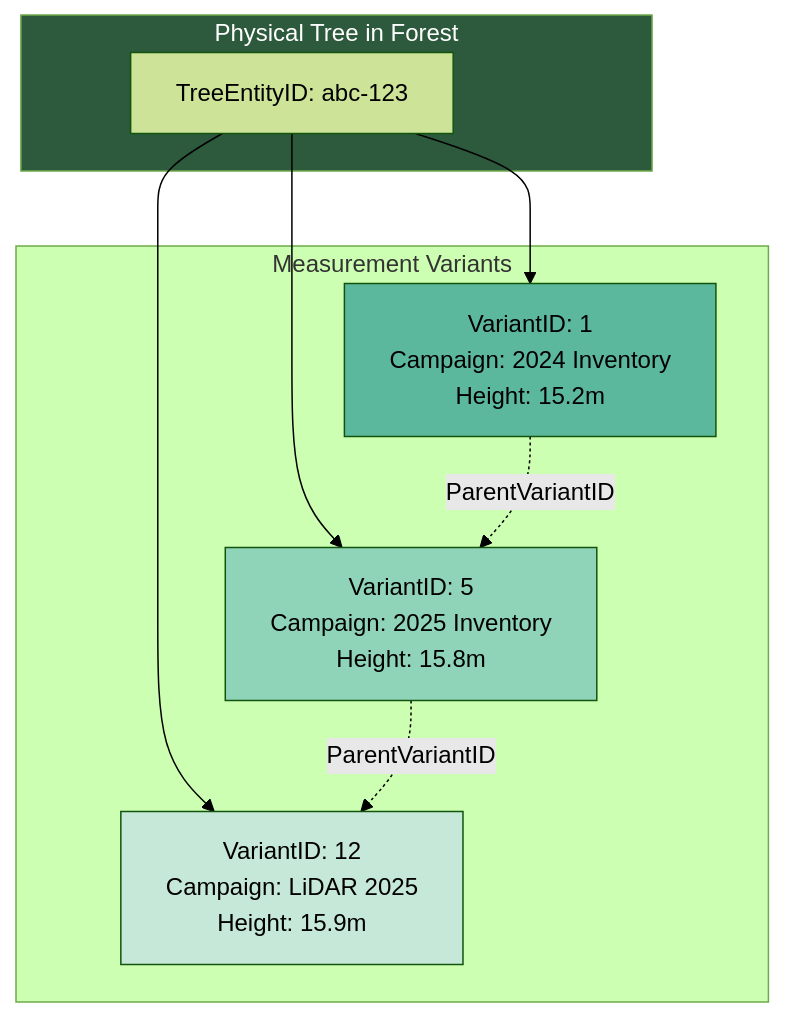
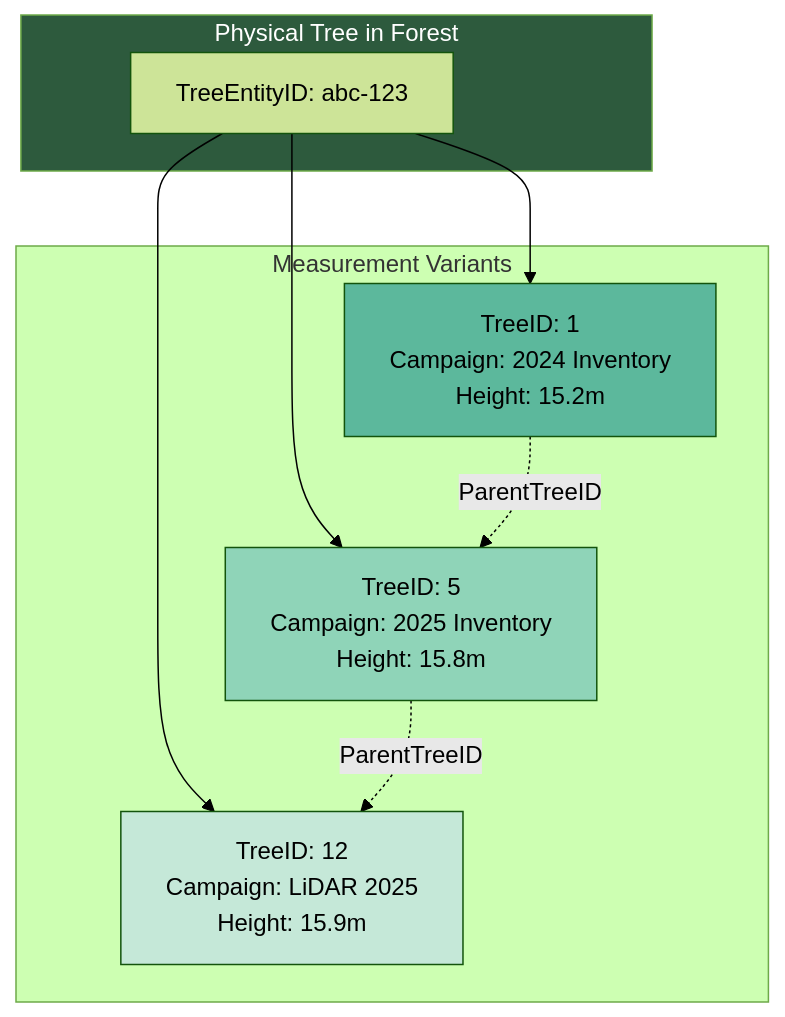
One commit to XRFutureForests/digital-twin-db changed the fourth of 7 diagrams in docs/database-overview.md. Above: the diagram before and after it, drawn with Mermaid (forest theme). The commit also changed other lines of this file and 27 other files, not shown here.

````diff
--- a/docs/database-overview.md
+++ b/docs/database-overview.md
@@ -425,23 +426,23 @@
 ```mermaid
 flowchart TB
     subgraph Physical["Physical Tree in Forest"]
         Tree["TreeEntityID: abc-123"]
     end
 
     subgraph Variants["Measurement Variants"]
-        V1["VariantID: 1<br/>Campaign: 2024 Inventory<br/>Height: 15.2m"]
-        V2["VariantID: 5<br/>Campaign: 2025 Inventory<br/>Height: 15.8m"]
-        V3["VariantID: 12<br/>Campaign: LiDAR 2025<br/>Height: 15.9m"]
+        V1["TreeID: 1<br/>Campaign: 2024 Inventory<br/>Height: 15.2m"]
+        V2["TreeID: 5<br/>Campaign: 2025 Inventory<br/>Height: 15.8m"]
+        V3["TreeID: 12<br/>Campaign: LiDAR 2025<br/>Height: 15.9m"]
     end
 
     Tree --> V1
     Tree --> V2
     Tree --> V3
-    V1 -.->|ParentVariantID| V2
-    V2 -.->|ParentVariantID| V3
+    V1 -.->|ParentTreeID| V2
+    V2 -.->|ParentTreeID| V3
 
     style Physical fill:#2d5a3d,color:#fff
     style V1 fill:#5CB89C
     style V2 fill:#8fd4b8
     style V3 fill:#c5e8d8
 ```
````
